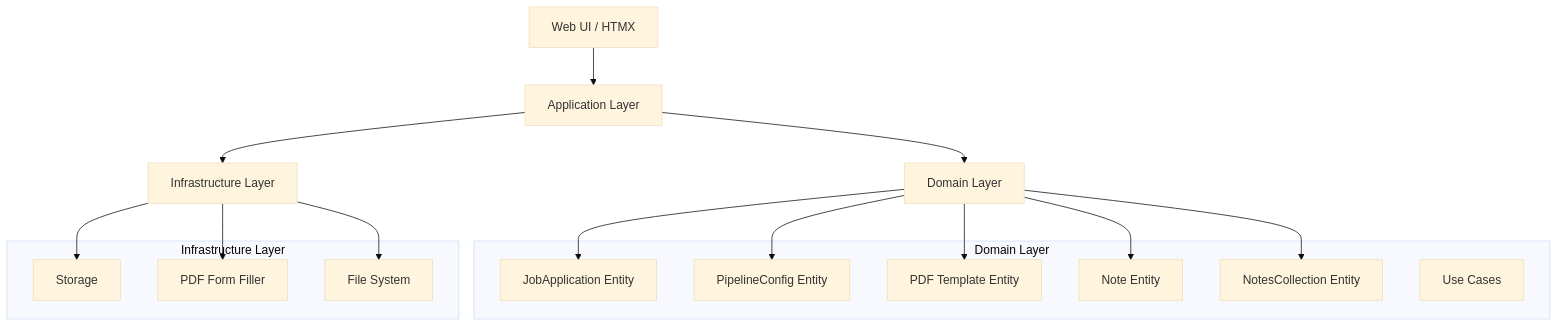
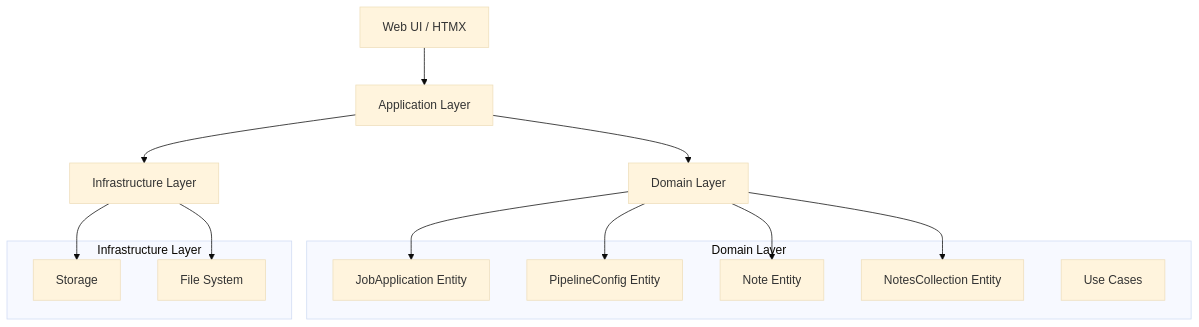
One commit to graffhyrum/jobAppTracker changed the diagram in docs/architecture.mermaid. Above: the diagram before and after it, drawn with Mermaid (base theme). The commit also changed 12 other files, not shown here.

First line of the commit message:
refactor(app): remove PDF processing and form filler functionality

```diff
--- a/docs/architecture.mermaid
+++ b/docs/architecture.mermaid
@@ -1,29 +1,25 @@
 graph TD
     A[Web UI / HTMX] --> B[Application Layer]
     B --> C[Domain Layer]
     B --> D[Infrastructure Layer]
 
     C --> E[JobApplication Entity]
     C --> F[PipelineConfig Entity]
-    C --> G[PDF Template Entity]
     C --> L[Note Entity]
     C --> M[NotesCollection Entity]
 
     D --> H[Storage]
-    D --> I[PDF Form Filler]
     D --> J[File System]
 
     subgraph "Domain Layer"
         E
         F
-        G
         L
         M
         K[Use Cases]
     end
 
     subgraph "Infrastructure Layer"
         H
-        I
         J
     end
```
